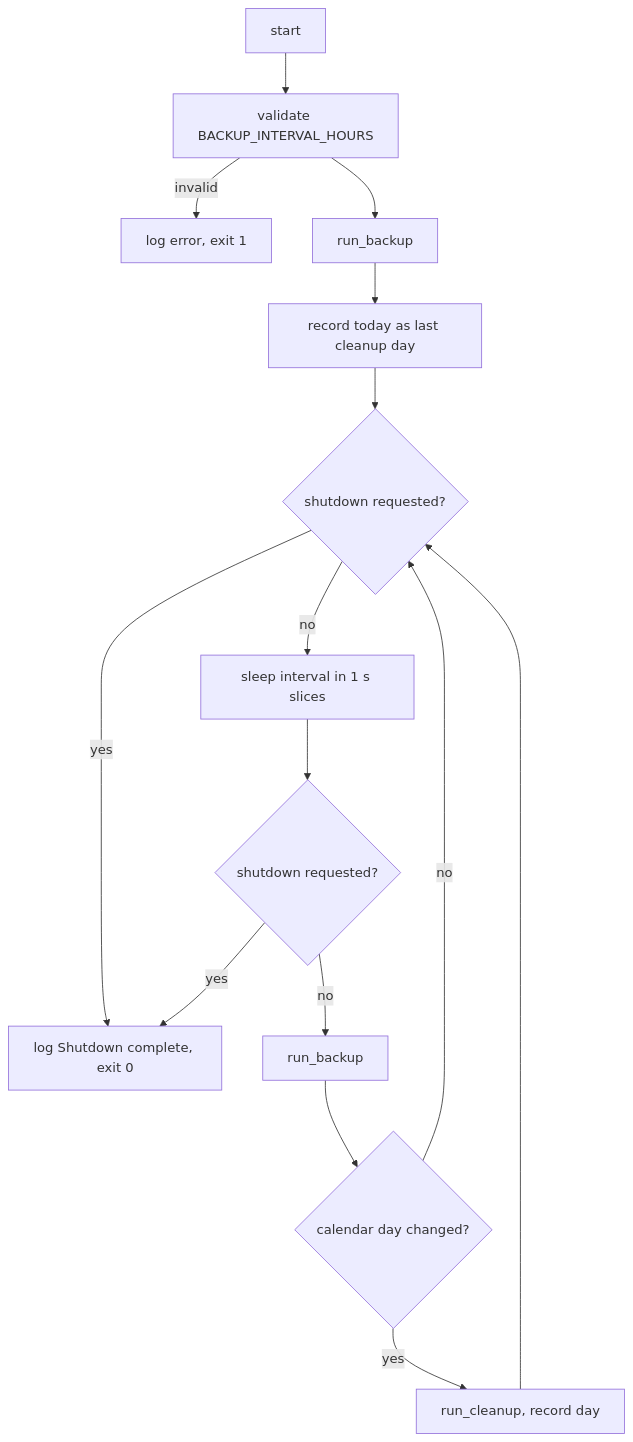
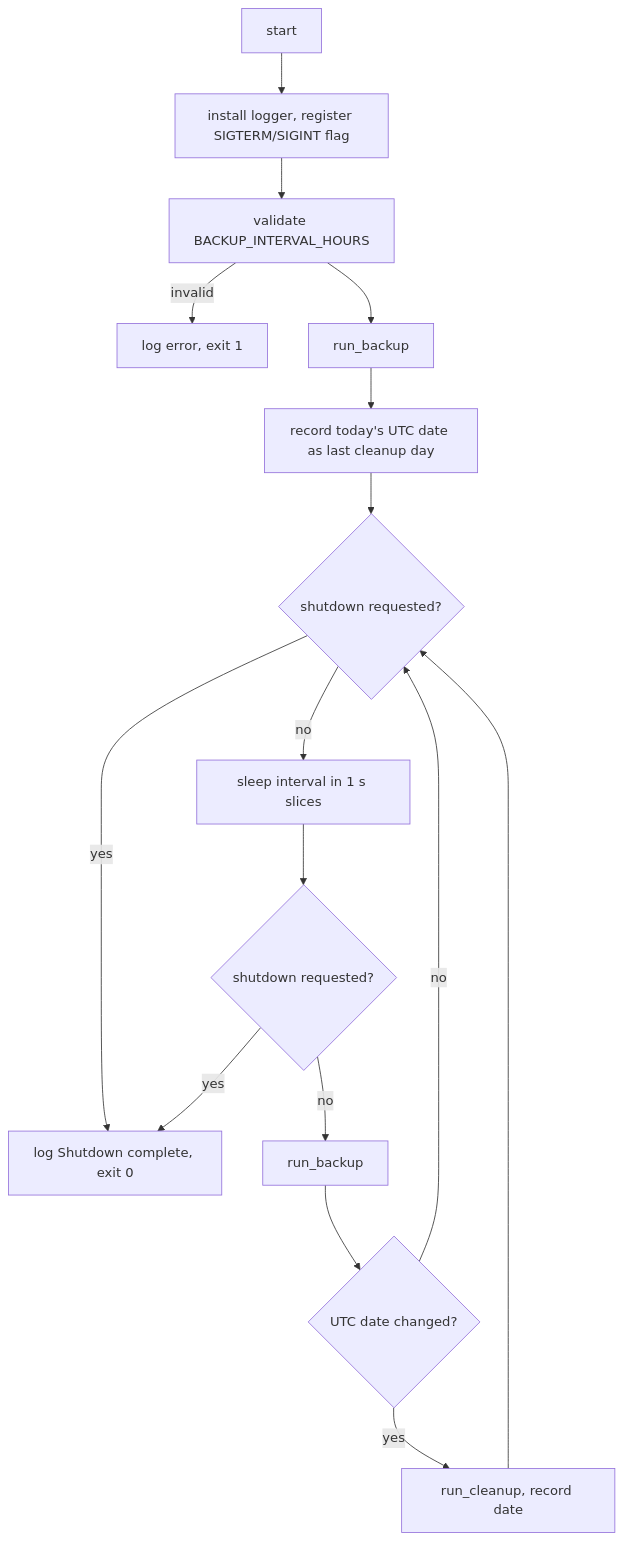
The diagram in docs/intent/scheduler-retention/scheduler-retention-design.md (tgrecojr/backvault), drawn with Mermaid before and after one commit. The commit also changed other lines of this file and 87 other files, not shown here.

````diff
--- a/docs/intent/scheduler-retention/scheduler-retention-design.md
+++ b/docs/intent/scheduler-retention/scheduler-retention-design.md
@@ -19,17 +23,18 @@
 ```mermaid
 flowchart TD
-    A[start] --> B[validate BACKUP_INTERVAL_HOURS]
+    A[start] --> L[install logger, register SIGTERM/SIGINT flag]
+    L --> B[validate BACKUP_INTERVAL_HOURS]
     B -->|invalid| X[log error, exit 1]
     B --> C[run_backup]
-    C --> D[record today as last cleanup day]
+    C --> D[record today's UTC date as last cleanup day]
     D --> E{shutdown requested?}
     E -->|yes| Z[log Shutdown complete, exit 0]
     E -->|no| F[sleep interval in 1 s slices]
     F --> G{shutdown requested?}
     G -->|yes| Z
     G -->|no| H[run_backup]
-    H --> I{calendar day changed?}
-    I -->|yes| J[run_cleanup, record day]
+    H --> I{UTC date changed?}
+    I -->|yes| J[run_cleanup, record date]
     I -->|no| E
     J --> E
 ```
````
